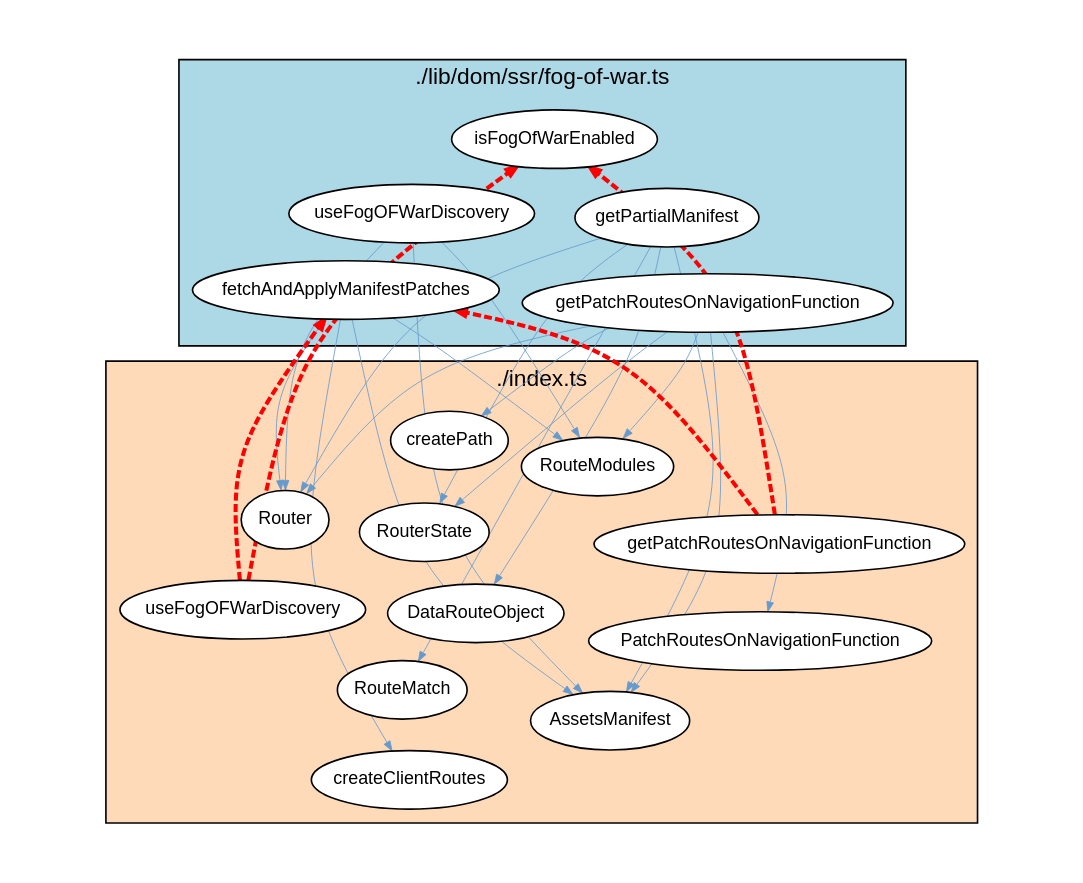
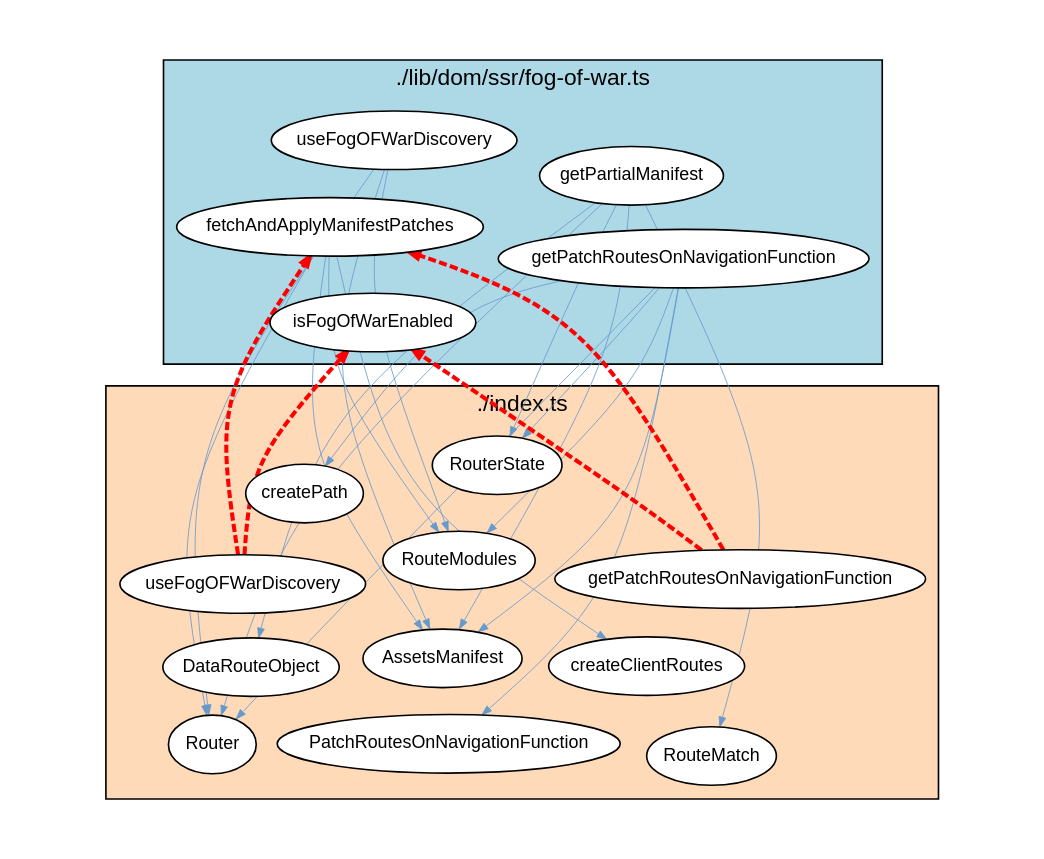
The diagram in analysis-results/react-router/react-router-7.15.1/cyclic-dependencies/Typescript_Module/Graph_Visualizations/graphviz/TypescriptModuleCyclicDependencies5.gv (JohT/code-graph-analysis-examples), drawn with Graphviz before and after one commit. The commit also changed other lines of this file and 365 other files, not shown here.

```diff
--- a/analysis-results/react-router/react-router-7.15.1/cyclic-dependencies/Typescript_Module/Graph_Visualizations/graphviz/TypescriptModuleCyclicDependencies5.gv
+++ b/analysis-results/react-router/react-router-7.15.1/cyclic-dependencies/Typescript_Module/Graph_Visualizations/graphviz/TypescriptModuleCyclicDependencies5.gv
@@ -1,58 +1,58 @@
 strict digraph cycle {
     graph [layout = "fdp"; start = "7"; splines = "curved"; pad = "0.8,0.4"; outputorder = "edgesfirst";];
     graph [fontname = "Helvetica,Arial,sans-serif"; labelloc = "t";];
     node [fontname = "Helvetica,Arial,sans-serif"; style = "filled"; fillcolor = "white";];
     node [fontsize = 11; margin = "0.05,0.05";];
     edge [fontsize = 9; arrowsize = "0.6";];
 
     subgraph cluster_package {
         label="./lib/dom/ssr/fog-of-war.ts";
         style="filled";
         fillcolor="lightblue";
         "fetchAndApplyManifestPatches";
         "getPartialManifest";
         "useFogOFWarDiscovery_pkg" [label="useFogOFWarDiscovery"];
         "getPatchRoutesOnNavigationFunction_pkg" [label="getPatchRoutesOnNavigationFunction"];
         "isFogOfWarEnabled";
     }
 
     subgraph cluster_dependent {
         label="./index.ts";
         style="filled";
         fillcolor="peachpuff";
         "RouterState";
         "AssetsManifest";
         "PatchRoutesOnNavigationFunction";
         "DataRouteObject";
         "useFogOFWarDiscovery_dep" [label="useFogOFWarDiscovery"];
         "getPatchRoutesOnNavigationFunction_dep" [label="getPatchRoutesOnNavigationFunction"];
         "RouteModules";
         "Router";
         "RouteMatch";
         "createClientRoutes";
         "createPath";
     }
 
+    "getPatchRoutesOnNavigationFunction_pkg" -> "Router" [color="#6699CC"; penwidth="0.5"];
     "fetchAndApplyManifestPatches" -> "Router" [color="#6699CC"; penwidth="0.5"];
-    "getPatchRoutesOnNavigationFunction_pkg" -> "Router" [color="#6699CC"; penwidth="0.5"];
     "fetchAndApplyManifestPatches" -> "AssetsManifest" [color="#6699CC"; penwidth="0.5"];
     "getPatchRoutesOnNavigationFunction_pkg" -> "AssetsManifest" [color="#6699CC"; penwidth="0.5"];
     "getPatchRoutesOnNavigationFunction_pkg" -> "RouteModules" [color="#6699CC"; penwidth="0.5"];
     "fetchAndApplyManifestPatches" -> "createClientRoutes" [color="#6699CC"; penwidth="0.5"];
     "fetchAndApplyManifestPatches" -> "RouteModules" [color="#6699CC"; penwidth="0.5"];
     "getPartialManifest" -> "Router" [color="#6699CC"; penwidth="0.5"];
     "getPartialManifest" -> "RouterState" [color="#6699CC"; penwidth="0.5"];
     "getPatchRoutesOnNavigationFunction_pkg" -> "RouterState" [color="#6699CC"; penwidth="0.5"];
     "useFogOFWarDiscovery_pkg" -> "RouteModules" [color="#6699CC"; penwidth="0.5"];
     "getPartialManifest" -> "AssetsManifest" [color="#6699CC"; penwidth="0.5"];
     "getPatchRoutesOnNavigationFunction_pkg" -> "createPath" [color="#6699CC"; penwidth="0.5"];
     "getPatchRoutesOnNavigationFunction_pkg" -> "PatchRoutesOnNavigationFunction" [color="#6699CC"; penwidth="0.5"];
     "getPartialManifest" -> "RouteMatch" [color="#6699CC"; penwidth="0.5"];
     "useFogOFWarDiscovery_pkg" -> "AssetsManifest" [color="#6699CC"; penwidth="0.5"];
     "useFogOFWarDiscovery_pkg" -> "Router" [color="#6699CC"; penwidth="0.5"];
     "getPartialManifest" -> "DataRouteObject" [color="#6699CC"; penwidth="0.5"];
     "getPatchRoutesOnNavigationFunction_dep" -> "isFogOfWarEnabled" [color="red"; penwidth="2.5"; style="dashed";];
     "useFogOFWarDiscovery_dep" -> "fetchAndApplyManifestPatches" [color="red"; penwidth="2.5"; style="dashed";];
     "useFogOFWarDiscovery_dep" -> "isFogOfWarEnabled" [color="red"; penwidth="2.5"; style="dashed";];
     "getPatchRoutesOnNavigationFunction_dep" -> "fetchAndApplyManifestPatches" [color="red"; penwidth="2.5"; style="dashed";];
 }
```
